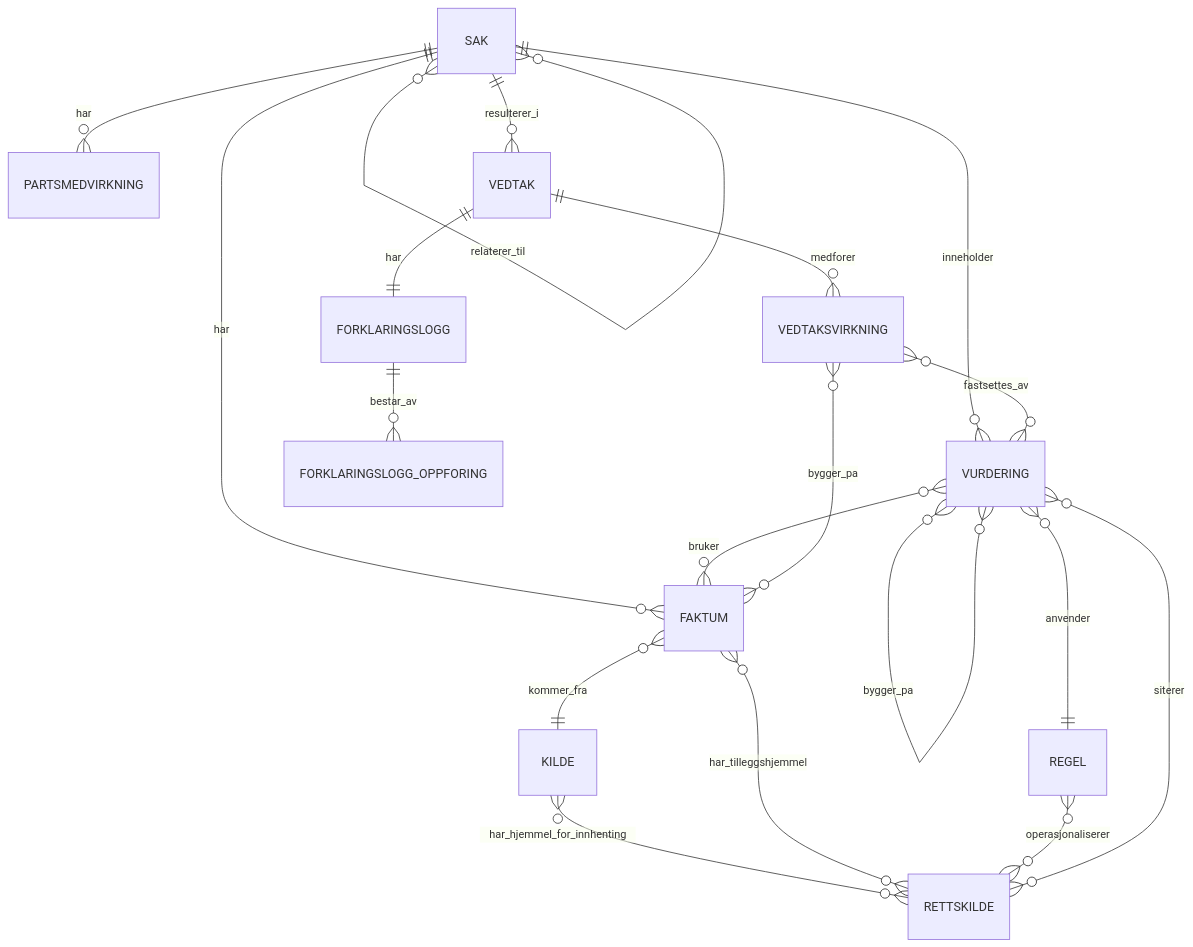
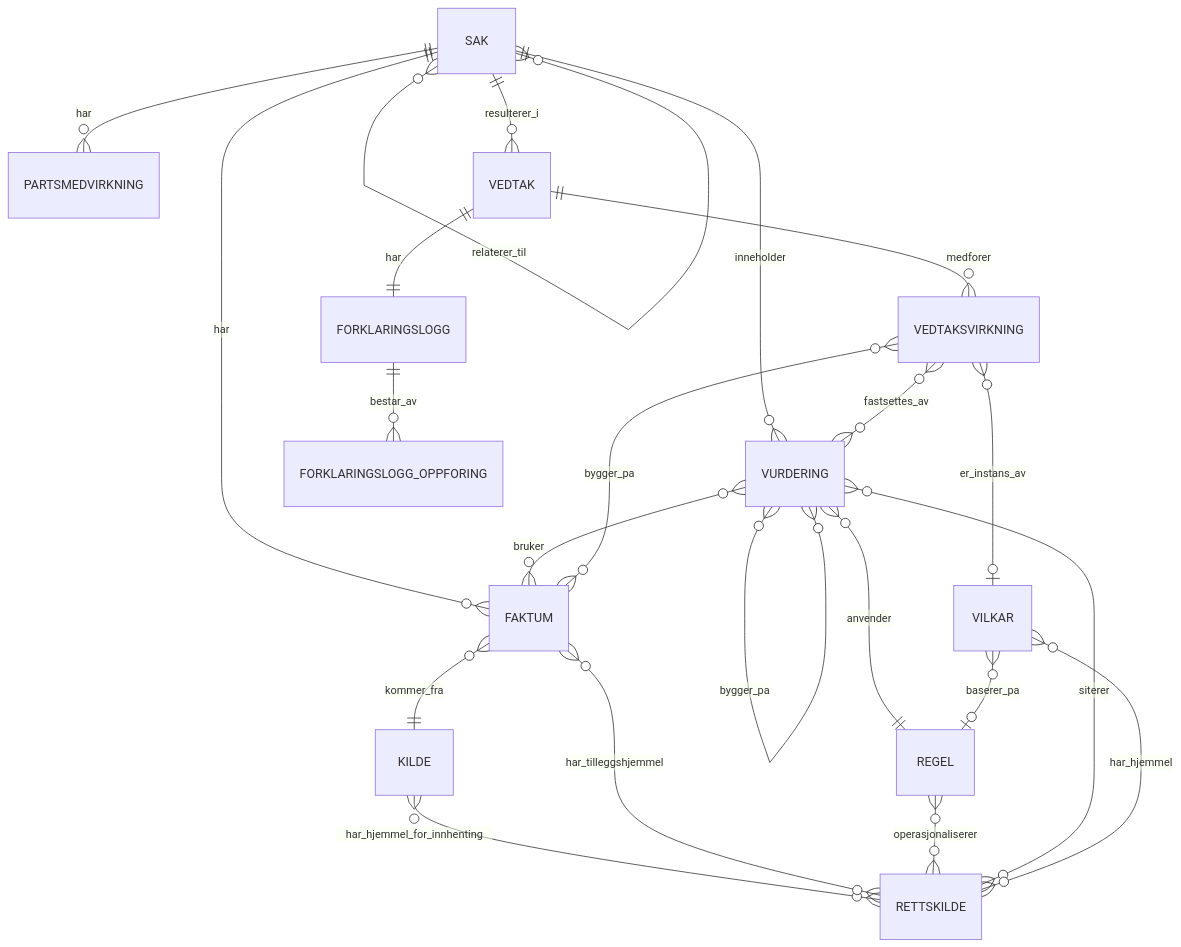
The diagram in docs/api-spesifikasjon-forklaringsmodell.md (FinnurO/forklaringsmodell-api), drawn with Mermaid before and after one commit. The commit also changed other lines of this file and 23 other files, not shown here.

````diff
--- a/docs/api-spesifikasjon-forklaringsmodell.md
+++ b/docs/api-spesifikasjon-forklaringsmodell.md
@@ -11,21 +11,24 @@
 ```mermaid
 erDiagram
   SAK ||--o{ FAKTUM : har
   SAK ||--o{ PARTSMEDVIRKNING : har
   SAK ||--o{ VURDERING : inneholder
   SAK ||--o{ VEDTAK : resulterer_i
   FAKTUM }o--|| KILDE : kommer_fra
   KILDE }o--o{ RETTSKILDE : har_hjemmel_for_innhenting
   FAKTUM }o--o{ RETTSKILDE : har_tilleggshjemmel
   VURDERING }o--o{ FAKTUM : bruker
   VURDERING }o--|| REGEL : anvender
   REGEL }o--o{ RETTSKILDE : operasjonaliserer
   VURDERING }o--o{ RETTSKILDE : siterer
   VEDTAK ||--|| FORKLARINGSLOGG : har
   FORKLARINGSLOGG ||--o{ FORKLARINGSLOGG_OPPFORING : bestar_av
   VEDTAK ||--o{ VEDTAKSVIRKNING : medforer
   VEDTAKSVIRKNING }o--o{ VURDERING : fastsettes_av
   VEDTAKSVIRKNING }o--o{ FAKTUM : bygger_pa
+  VEDTAKSVIRKNING }o--o| VILKAR : er_instans_av
+  VILKAR }o--o{ RETTSKILDE : har_hjemmel
+  VILKAR }o--o| REGEL : baserer_pa
   SAK }o--o{ SAK : relaterer_til
   VURDERING }o--o{ VURDERING : bygger_pa
 ```
````
